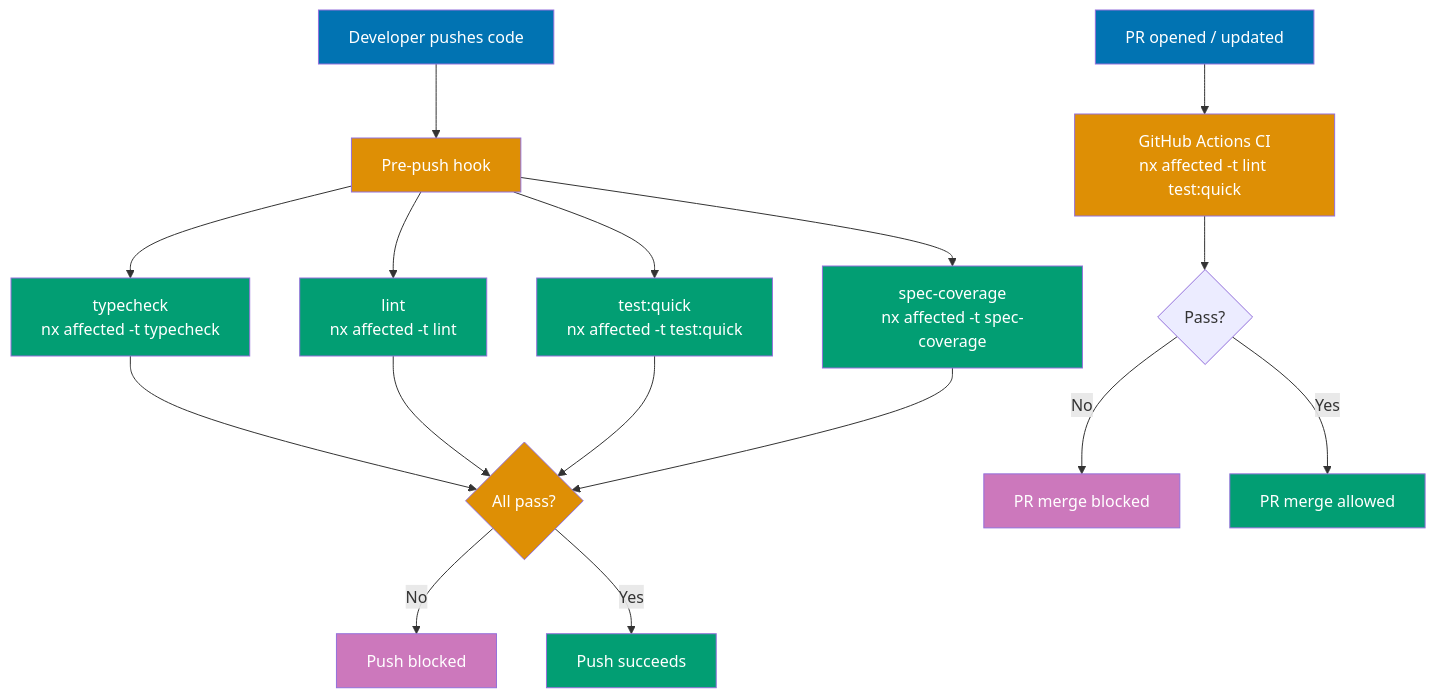
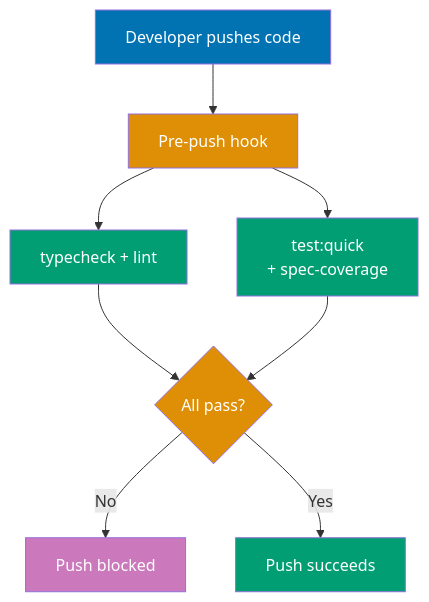
The first of 4 diagrams in governance/development/infra/nx-targets.md (wahidyankf/ose-primer), drawn with Mermaid before and after one commit. The commit also changed other lines of this file and 534 other files, not shown here.

````diff
--- a/governance/development/infra/nx-targets.md
+++ b/governance/development/infra/nx-targets.md
@@ -27,33 +27,18 @@
 ```mermaid
 flowchart TD
     A[Developer pushes code] --> B[Pre-push hook]
-    B --> C["typecheck<br/>nx affected -t typecheck"]
-    B --> D["lint<br/>nx affected -t lint"]
-    B --> E["test:quick<br/>nx affected -t test:quick"]
-    B --> SC["spec-coverage<br/>nx affected -t spec-coverage"]
+    B --> C["typecheck + lint"]
+    B --> E["test:quick<br/>+ spec-coverage"]
     C --> F{All pass?}
-    D --> F
     E --> F
-    SC --> F
     F -- No --> G[Push blocked]
     F -- Yes --> H[Push succeeds]
-
-    P[PR opened / updated] --> Q["GitHub Actions CI<br/>nx affected -t lint test:quick"]
-    Q --> R{Pass?}
-    R -- No --> S[PR merge blocked]
-    R -- Yes --> T[PR merge allowed]
 
     style A fill:#0173B2,color:#fff
     style B fill:#DE8F05,color:#fff
     style C fill:#029E73,color:#fff
-    style D fill:#029E73,color:#fff
     style E fill:#029E73,color:#fff
-    style SC fill:#029E73,color:#fff
     style F fill:#DE8F05,color:#fff
     style G fill:#CC78BC,color:#fff
     style H fill:#029E73,color:#fff
-    style P fill:#0173B2,color:#fff
-    style Q fill:#DE8F05,color:#fff
-    style S fill:#CC78BC,color:#fff
-    style T fill:#029E73,color:#fff
 ```
````
